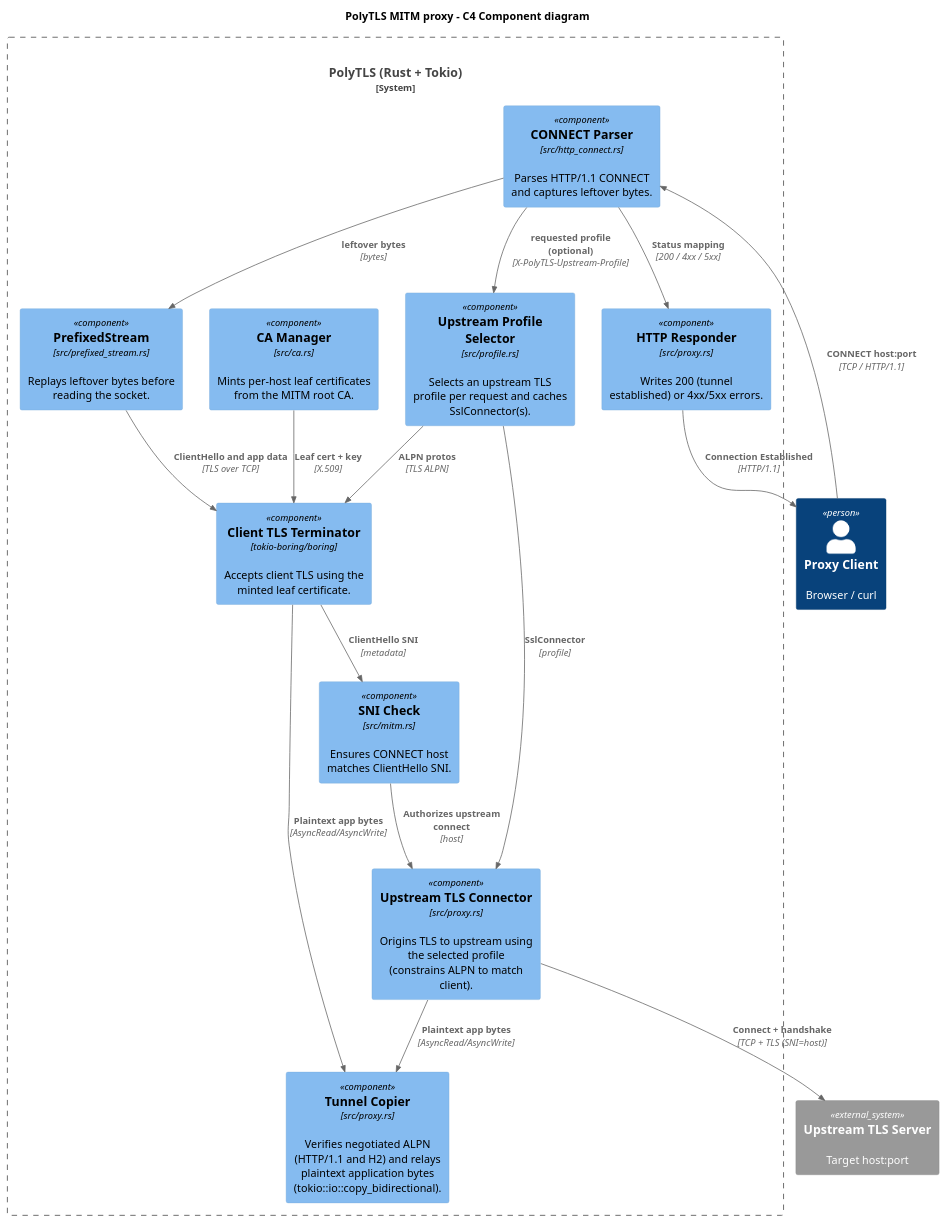
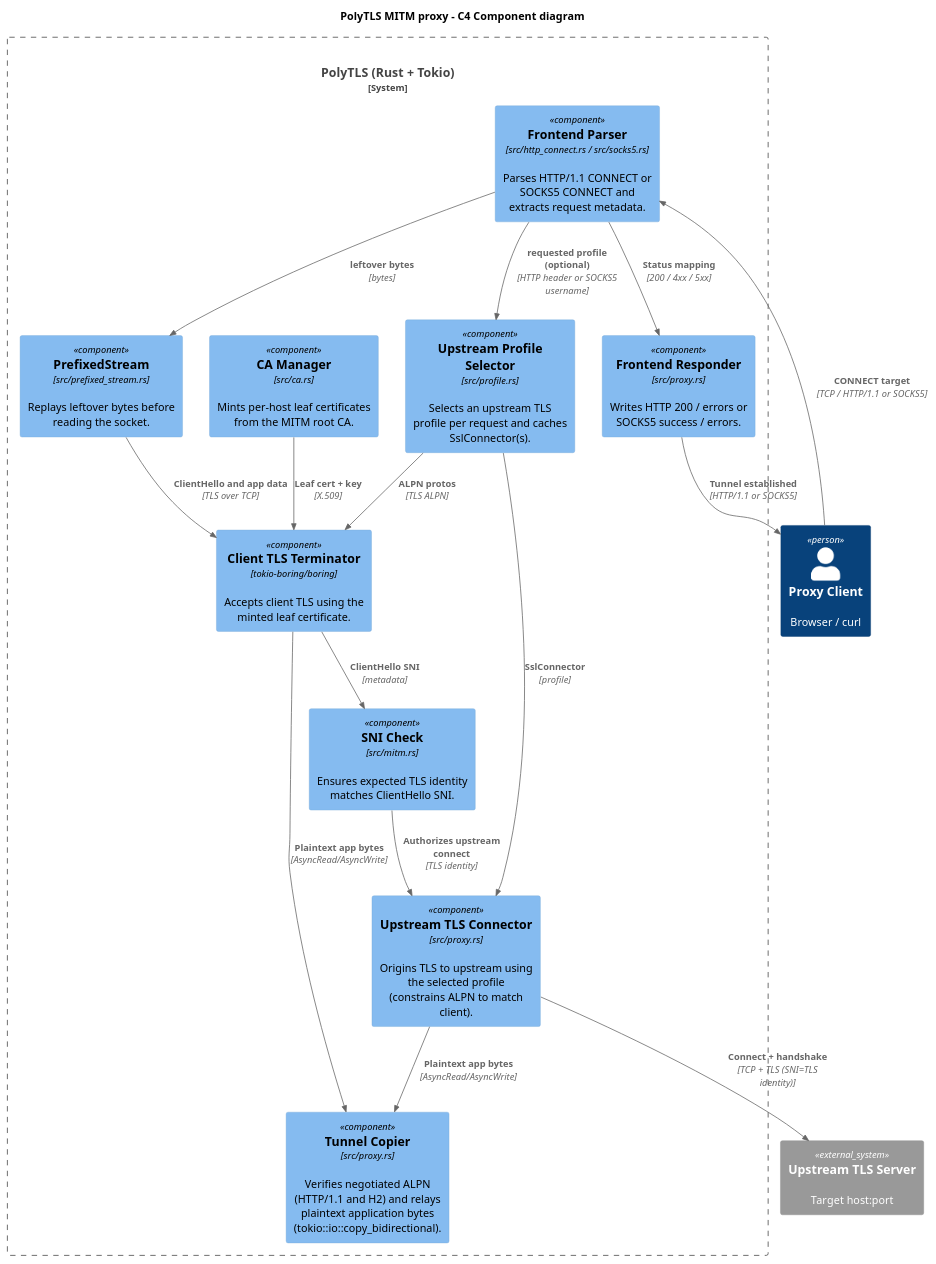
Before and after one commit to REASY/PolyTLS: the diagram in docs/diagrams/c4/mitm-component.puml, drawn with PlantUML. The commit also changed 17 other files, not shown here.

Commit message:
feat: add SOCKS5 proxy frontend

```diff
--- a/docs/diagrams/c4/mitm-component.puml
+++ b/docs/diagrams/c4/mitm-component.puml
@@ -1,42 +1,42 @@
 @startuml
 !include <C4/C4>
 !include <C4/C4_Context>
 !include <C4/C4_Container>
 !include <C4/C4_Component>
 
 title PolyTLS MITM proxy - C4 Component diagram
 LAYOUT_TOP_DOWN()
 
 Person(client, "Proxy Client", "Browser / curl")
 System_Ext(upstream, "Upstream TLS Server", "Target host:port")
 
 System_Boundary(polytls, "PolyTLS (Rust + Tokio)") {
-  Component(parser, "CONNECT Parser", "src/http_connect.rs", "Parses HTTP/1.1 CONNECT and captures leftover bytes.")
+  Component(parser, "Frontend Parser", "src/http_connect.rs / src/socks5.rs", "Parses HTTP/1.1 CONNECT or SOCKS5 CONNECT and extracts request metadata.")
   Component(profiles, "Upstream Profile Selector", "src/profile.rs", "Selects an upstream TLS profile per request and caches SslConnector(s).")
-  Component(responder, "HTTP Responder", "src/proxy.rs", "Writes 200 (tunnel established) or 4xx/5xx errors.")
+  Component(responder, "Frontend Responder", "src/proxy.rs", "Writes HTTP 200 / errors or SOCKS5 success / errors.")
   Component(prefix, "PrefixedStream", "src/prefixed_stream.rs", "Replays leftover bytes before reading the socket.")
   Component(ca, "CA Manager", "src/ca.rs", "Mints per-host leaf certificates from the MITM root CA.")
   Component(client_tls, "Client TLS Terminator", "tokio-boring/boring", "Accepts client TLS using the minted leaf certificate.")
-  Component(sni_check, "SNI Check", "src/mitm.rs", "Ensures CONNECT host matches ClientHello SNI.")
+  Component(sni_check, "SNI Check", "src/mitm.rs", "Ensures expected TLS identity matches ClientHello SNI.")
   Component(up_tls, "Upstream TLS Connector", "src/proxy.rs", "Origins TLS to upstream using the selected profile (constrains ALPN to match client).")
   Component(tunnel, "Tunnel Copier", "src/proxy.rs", "Verifies negotiated ALPN (HTTP/1.1 and H2) and relays plaintext application bytes (tokio::io::copy_bidirectional).")
 }
 
-Rel(client, parser, "CONNECT host:port", "TCP / HTTP/1.1")
-Rel(parser, profiles, "requested profile (optional)", "X-PolyTLS-Upstream-Profile")
+Rel(client, parser, "CONNECT target", "TCP / HTTP/1.1 or SOCKS5")
+Rel(parser, profiles, "requested profile (optional)", "HTTP header or SOCKS5 username")
 Rel(parser, responder, "Status mapping", "200 / 4xx / 5xx")
-Rel(responder, client, "Connection Established", "HTTP/1.1")
+Rel(responder, client, "Tunnel established", "HTTP/1.1 or SOCKS5")
 
 Rel(parser, prefix, "leftover bytes", "bytes")
 Rel(prefix, client_tls, "ClientHello and app data", "TLS over TCP")
 Rel(profiles, client_tls, "ALPN protos", "TLS ALPN")
 Rel(ca, client_tls, "Leaf cert + key", "X.509")
 Rel(client_tls, sni_check, "ClientHello SNI", "metadata")
 
-Rel(sni_check, up_tls, "Authorizes upstream connect", "host")
+Rel(sni_check, up_tls, "Authorizes upstream connect", "TLS identity")
 Rel(profiles, up_tls, "SslConnector", "profile")
-Rel(up_tls, upstream, "Connect + handshake", "TCP + TLS (SNI=host)")
+Rel(up_tls, upstream, "Connect + handshake", "TCP + TLS (SNI=TLS identity)")
 
 Rel(client_tls, tunnel, "Plaintext app bytes", "AsyncRead/AsyncWrite")
 Rel(up_tls, tunnel, "Plaintext app bytes", "AsyncRead/AsyncWrite")
 @enduml
```
